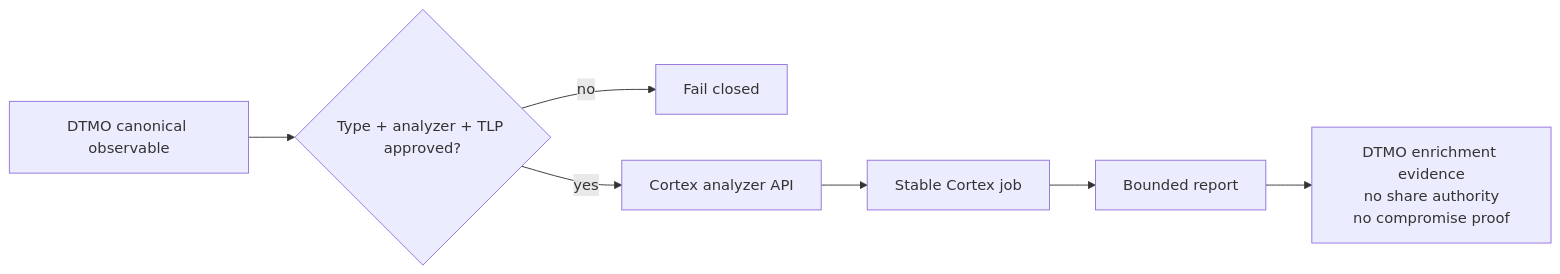
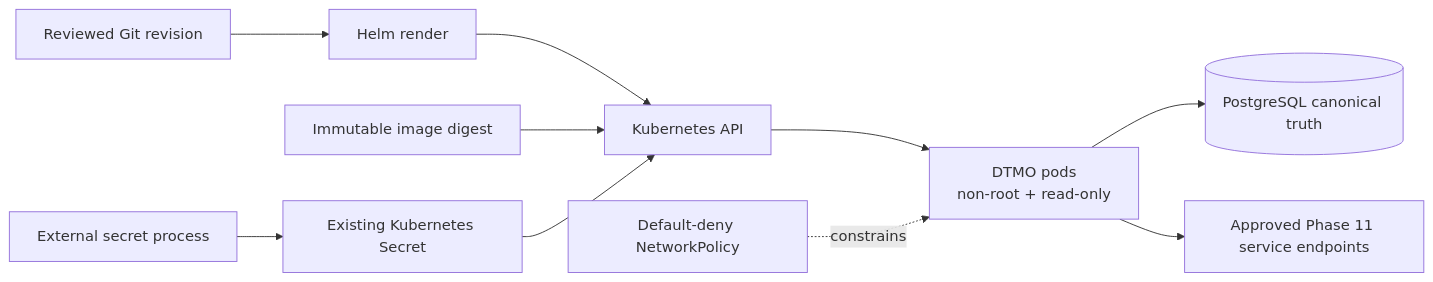
One commit to GJvManen/dtmo changed the diagram in docs/project/CURRENT_STATE.md. Above: the diagram before and after it, drawn with Mermaid. The commit also changed other lines of this file, not shown here.

Commit message:
phase11.8: advance authoritative current state to runtime foundation

````diff
--- a/docs/project/CURRENT_STATE.md
+++ b/docs/project/CURRENT_STATE.md
@@ -47,9 +46,12 @@
 ```mermaid
 flowchart LR
-    D[DTMO canonical observable] --> A{Type + analyzer + TLP approved?}
-    A -->|no| X[Fail closed]
-    A -->|yes| C[Cortex analyzer API]
-    C --> J[Stable Cortex job]
-    J --> R[Bounded report]
-    R --> E[DTMO enrichment evidence\nno share authority\nno compromise proof]
+    G[Reviewed Git revision] --> H[Helm render]
+    H --> K[Kubernetes API]
+    I[Immutable image digest] --> K
+    S[External secret process] --> X[Existing Kubernetes Secret]
+    X --> K
+    K --> P[DTMO pods\nnon-root + read-only]
+    N[Default-deny NetworkPolicy] -. constrains .-> P
+    P --> D[(PostgreSQL canonical truth)]
+    P --> E[Approved Phase 11 service endpoints]
 ```
````
